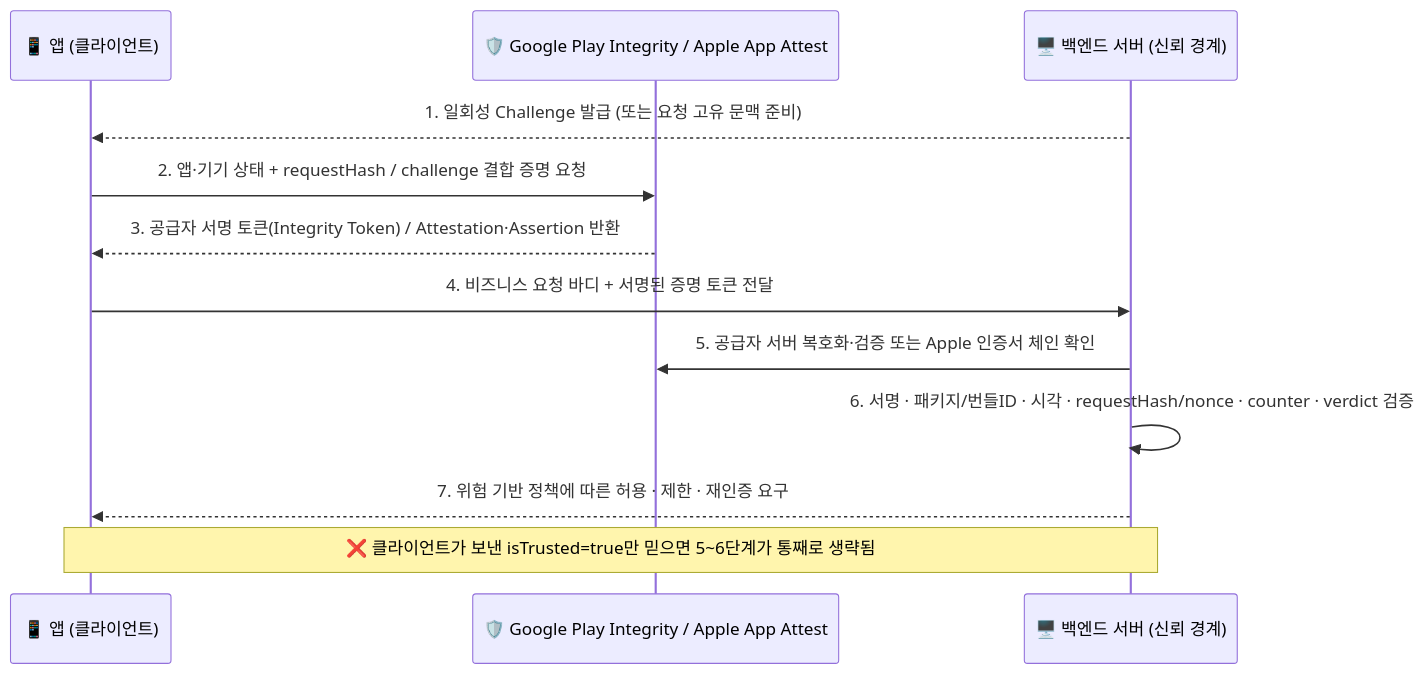
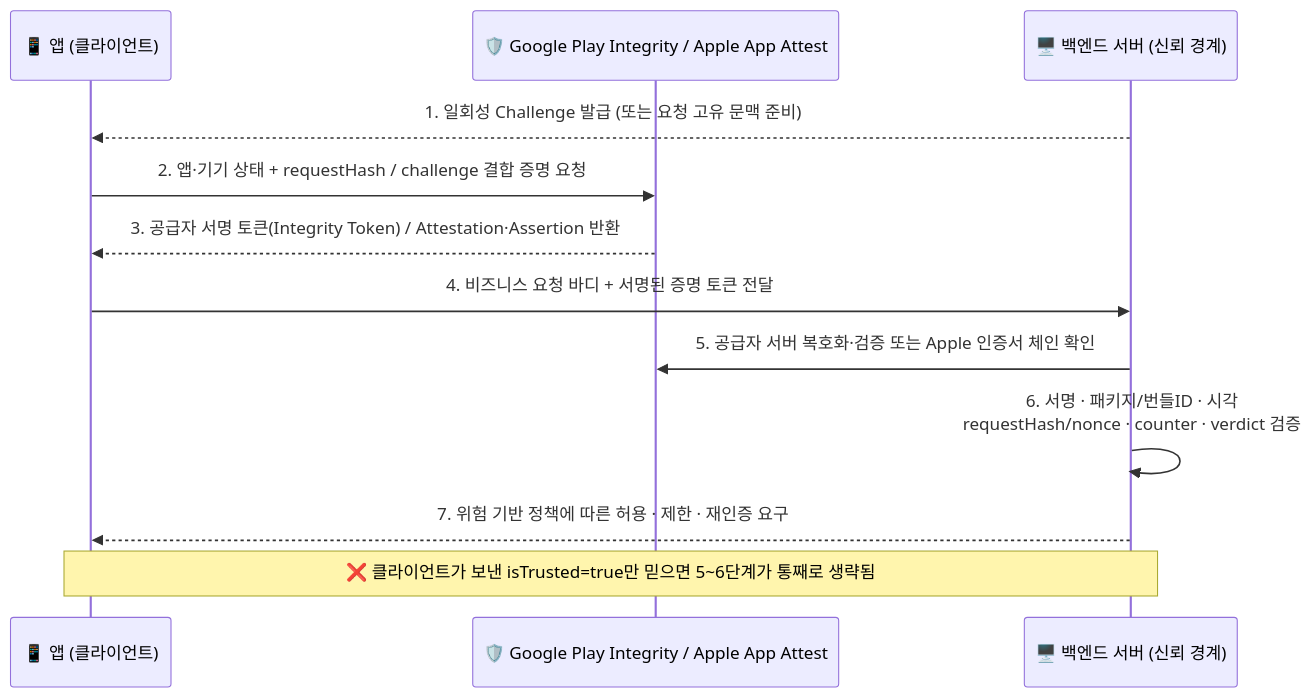
The diagram in content/모바일취약점/모바일 취약점 진단 — 기기 신뢰 공격(Device Attestation 우회).md (gooyong-sec/gooyong-sec.github.io), drawn with Mermaid before and after one commit. The commit also changed 17 other files, not shown here.

````diff
--- a/content/모바일취약점/모바일 취약점 진단 — 기기 신뢰 공격(Device Attestation 우회).md
+++ b/content/모바일취약점/모바일 취약점 진단 — 기기 신뢰 공격(Device Attestation 우회).md
@@ -18,14 +18,14 @@
 ```mermaid
 sequenceDiagram
     participant A as 📱 앱 (클라이언트)
     participant V as 🛡️ Google Play Integrity / Apple App Attest
     participant S as 🖥️ 백엔드 서버 (신뢰 경계)
     S-->>A: 1. 일회성 Challenge 발급 (또는 요청 고유 문맥 준비)
     A->>V: 2. 앱·기기 상태 + requestHash / challenge 결합 증명 요청
     V-->>A: 3. 공급자 서명 토큰(Integrity Token) / Attestation·Assertion 반환
     A->>S: 4. 비즈니스 요청 바디 + 서명된 증명 토큰 전달
     S->>V: 5. 공급자 서버 복호화·검증 또는 Apple 인증서 체인 확인
-    S->>S: 6. 서명 · 패키지/번들ID · 시각 · requestHash/nonce · counter · verdict 검증
+    S->>S: 6. 서명 · 패키지/번들ID · 시각<br/>requestHash/nonce · counter · verdict 검증
     S-->>A: 7. 위험 기반 정책에 따른 허용 · 제한 · 재인증 요구
     Note over A,S: ❌ 클라이언트가 보낸 isTrusted=true만 믿으면 5~6단계가 통째로 생략됨
 ```
````
